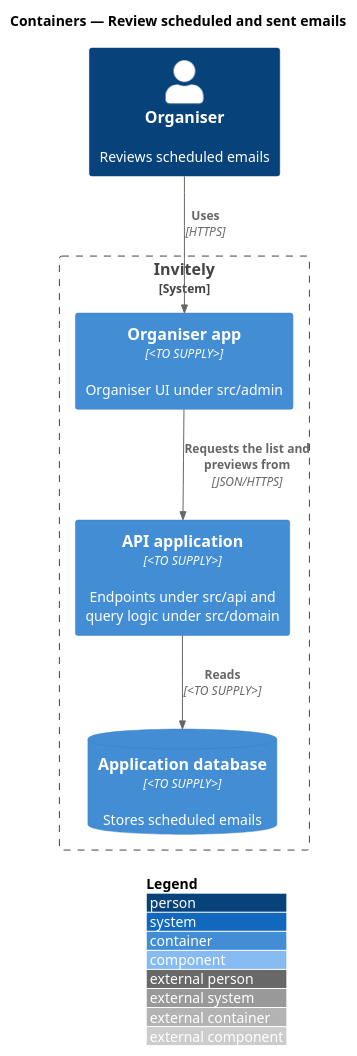
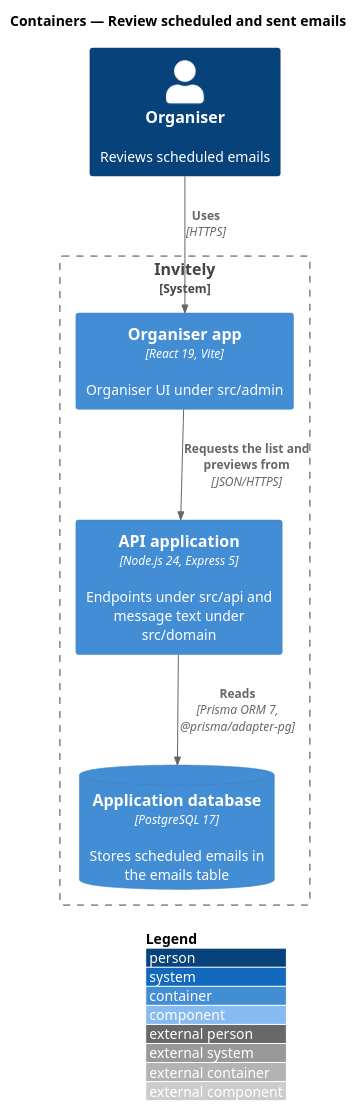
One commit to QuinntyneBrown/rsvp-cms changed the diagram in docs/detailed-designs/invitations/review-scheduled-emails/diagrams/c4-container.puml. Above: the diagram before and after it, drawn with PlantUML. The commit also changed 45 other files, not shown here.

Commit message:
Add design-system component pages and tokens.json, fill in technologies in design diagrams

```diff
--- a/docs/detailed-designs/invitations/review-scheduled-emails/diagrams/c4-container.puml
+++ b/docs/detailed-designs/invitations/review-scheduled-emails/diagrams/c4-container.puml
@@ -1,16 +1,16 @@
 @startuml
 !include <C4/C4_Component>
 LAYOUT_WITH_LEGEND()
 title Containers — Review scheduled and sent emails
 
 Person(organiser, "Organiser", "Reviews scheduled emails")
 System_Boundary(invitely, "Invitely") {
-  Container(admin, "Organiser app", "<TO SUPPLY>", "Organiser UI under src/admin")
-  Container(api, "API application", "<TO SUPPLY>", "Endpoints under src/api and query logic under src/domain")
-  ContainerDb(db, "Application database", "<TO SUPPLY>", "Stores scheduled emails")
+  Container(admin, "Organiser app", "React 19, Vite", "Organiser UI under src/admin")
+  Container(api, "API application", "Node.js 24, Express 5", "Endpoints under src/api and message text under src/domain")
+  ContainerDb(db, "Application database", "PostgreSQL 17", "Stores scheduled emails in the emails table")
 }
 
 Rel(organiser, admin, "Uses", "HTTPS")
 Rel(admin, api, "Requests the list and previews from", "JSON/HTTPS")
-Rel(api, db, "Reads", "<TO SUPPLY>")
+Rel(api, db, "Reads", "Prisma ORM 7, @prisma/adapter-pg")
 @enduml
```
